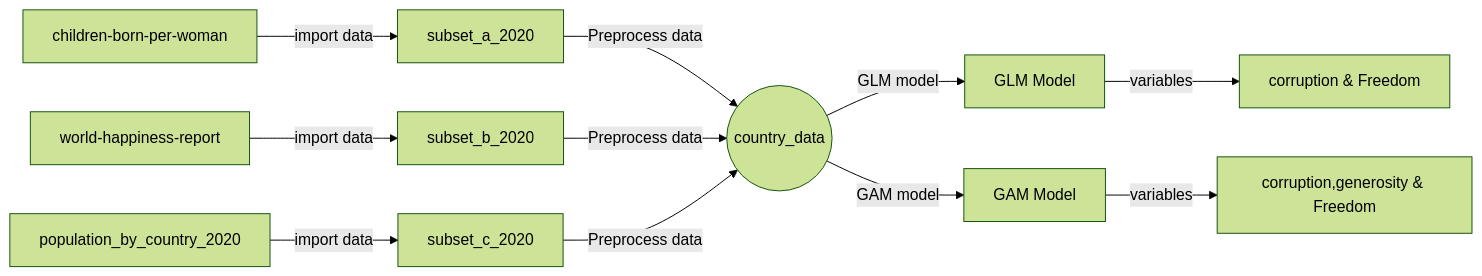
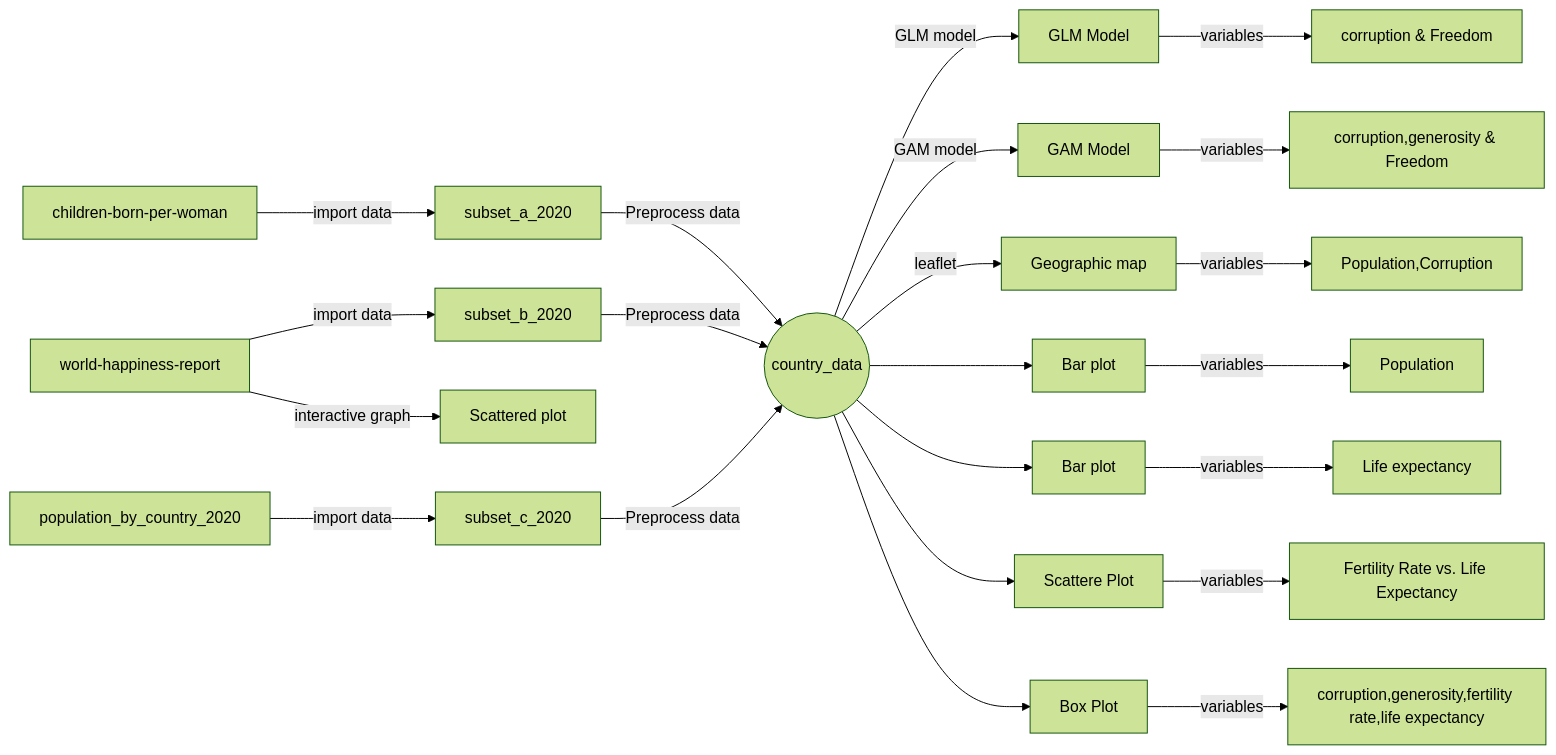
One commit to anupkamath27/R-Assignment changed the diagram in 23105421_quarto.qmd. Above: the diagram before and after it, drawn with Mermaid (forest theme). The commit also changed other lines of this file and 4 other files, not shown here.

````diff
--- a/23105421_quarto.qmd
+++ b/23105421_quarto.qmd
@@ -158,16 +212,22 @@
 ```{mermaid}
 
 graph LR
-    A[children-born-per-woman]-- import data --> D[subset_a_2020]
+     A[children-born-per-woman]-- import data --> D[subset_a_2020]
     B[world-happiness-report]-- import data --> E[subset_b_2020]
     C[population_by_country_2020]-- import data  --> F[subset_c_2020]
     D[subset_a_2020]-- Preprocess data --> M((country_data))
     E[subset_b_2020]-- Preprocess data  --> M((country_data))
     F[subset_c_2020]-- Preprocess data --> M((country_data))
     
    M((country_data))-- GLM model-->G[GLM Model]
    G[GLM Model]-- variables-->H[corruption & Freedom]
     M((country_data))-- GAM model-->I[GAM Model]
    I[GAM Model]-- variables-->J[corruption,generosity & Freedom]
 
+    M((country_data))-- leaflet-->K[ Geographic map]--variables-->WY[Population,Corruption]
+    B[world-happiness-report]-- interactive graph --> L[ Scattered plot]
+    M((country_data))-->N[Bar plot]--variables-->W[Population]
+    M((country_data))-->Y[Bar plot]--variables-->S[Life expectancy]
+    M((country_data))-->O[Scattere Plot]--variables-->X[Fertility Rate vs. Life Expectancy]
+    M((country_data))-->U[Box Plot]--variables-->R[corruption,generosity,fertility rate,life expectancy]
 ```
````
